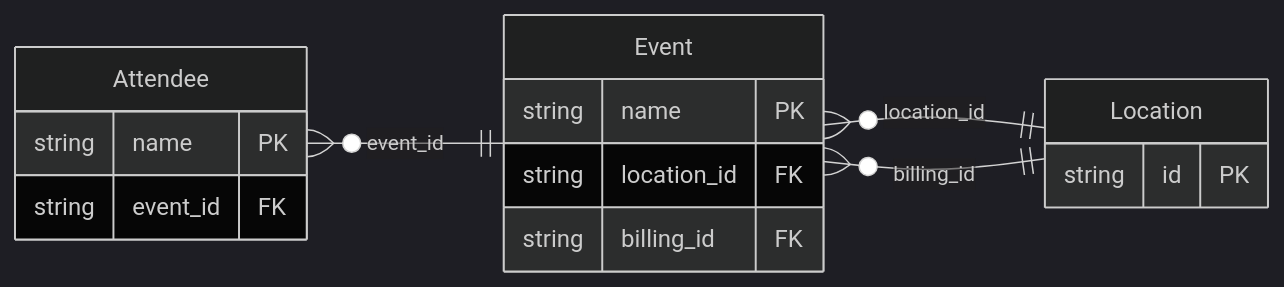
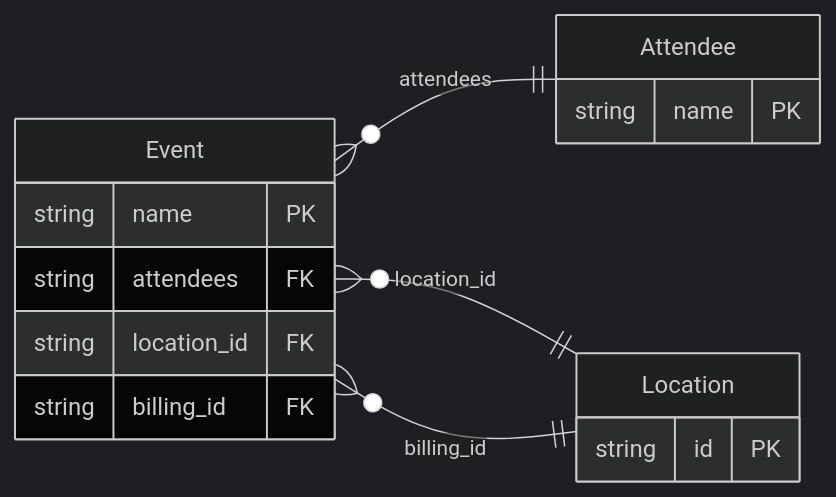
One commit to oh-tarnished/protorm changed the diagram in plugin/generator/testdata/cases/embedded/golden/prisma/v1/README.md. Above: the diagram before and after it, drawn with Mermaid (dark theme). The commit also changed 5 other files, not shown here.

````diff
--- a/plugin/generator/testdata/cases/embedded/golden/prisma/v1/README.md
+++ b/plugin/generator/testdata/cases/embedded/golden/prisma/v1/README.md
@@ -13,19 +13,19 @@
 ```mermaid
 erDiagram
     direction LR
     Attendee {
         string name PK
-        string event_id FK
     }
     Event {
         string name PK
+        string attendees FK
         string location_id FK
         string billing_id FK
     }
     Location {
         string id PK
     }
-    Attendee }o--|| Event : "event_id"
+    Event }o--|| Attendee : "attendees"
     Event }o--|| Location : "location_id"
     Event }o--|| Location : "billing_id"
 ```
````
